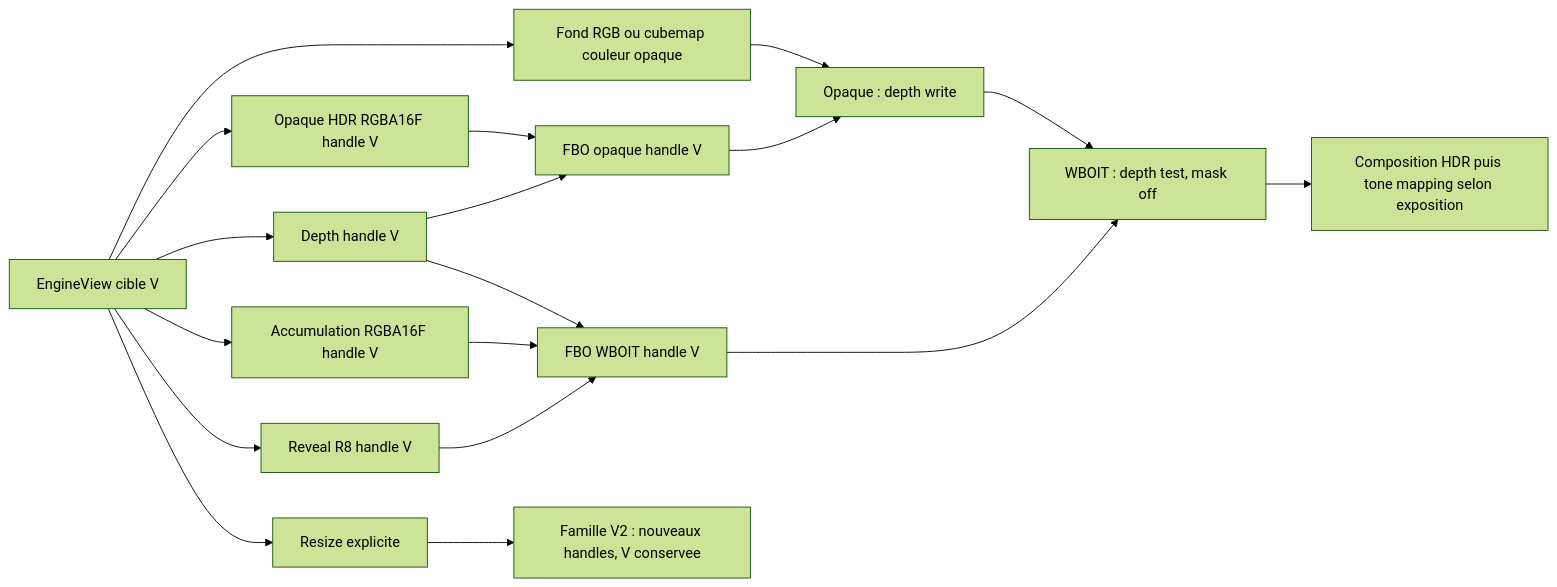
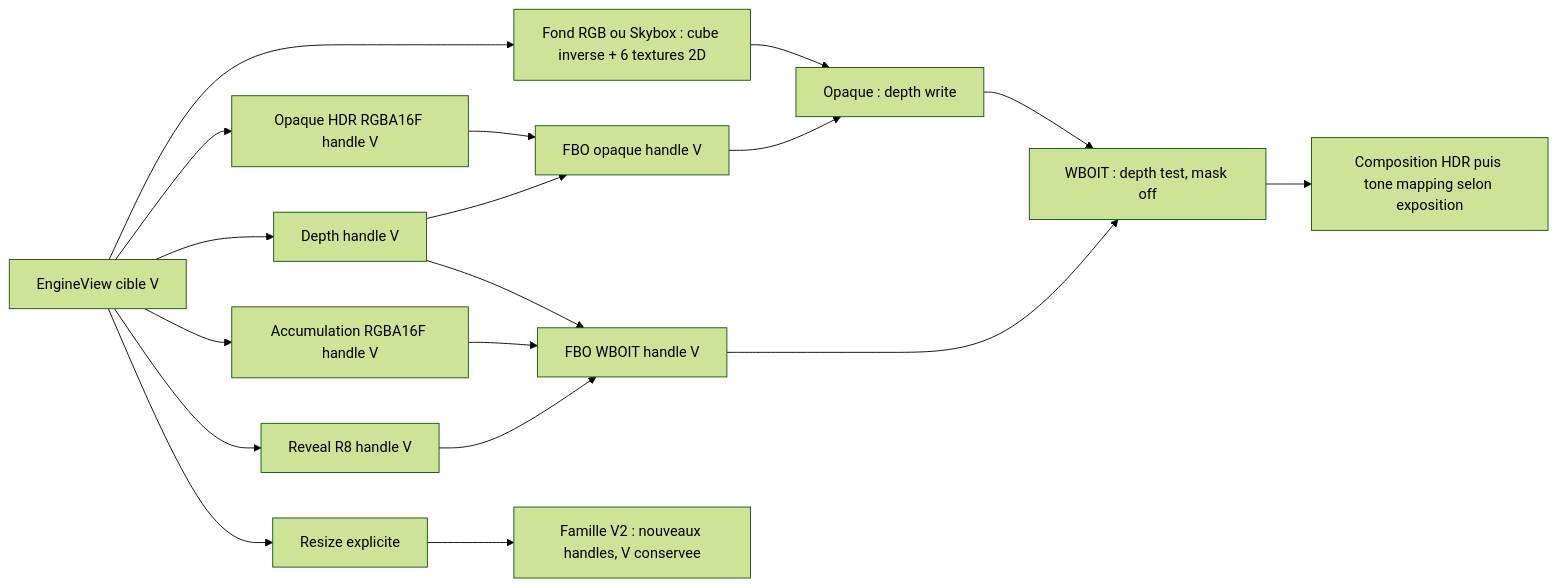
The second of 5 diagrams in docs/voxel-engine-v0.1.4/09-pipeline-gpu-transparence.md (EreliaStudio/Sparkle), drawn with Mermaid (forest theme) before and after one commit. The commit also changed other lines of this file and 5 other files, not shown here.

Commit message:
docs(v0.1.4): specify dedicated six-texture inverted-cube Skybox

````diff
--- a/docs/voxel-engine-v0.1.4/09-pipeline-gpu-transparence.md
+++ b/docs/voxel-engine-v0.1.4/09-pipeline-gpu-transparence.md
@@ -58,20 +58,20 @@
 ```mermaid
 flowchart LR
   View["EngineView cible V"] --> OpaqueColor["Opaque HDR RGBA16F handle V"]
-  View --> Background["Fond RGB ou cubemap couleur opaque"]
+  View --> Background["Fond RGB ou Skybox : cube inverse + 6 textures 2D"]
   Background --> DrawOpaque
   View --> Depth["Depth handle V"]
   View --> Accum["Accumulation RGBA16F handle V"]
   View --> Reveal["Reveal R8 handle V"]
   OpaqueColor --> FBOOpaque["FBO opaque handle V"]
   Depth --> FBOOpaque
   Depth --> FBOWBOIT["FBO WBOIT handle V"]
   Accum --> FBOWBOIT
   Reveal --> FBOWBOIT
   FBOOpaque --> DrawOpaque["Opaque : depth write"]
   DrawOpaque --> DrawWBOIT["WBOIT : depth test, mask off"]
   FBOWBOIT --> DrawWBOIT
   DrawWBOIT --> Compose["Composition HDR puis tone mapping selon exposition"]
   View --> Resize["Resize explicite"]
   Resize --> V2["Famille V2 : nouveaux handles, V conservee"]
 ```
````
